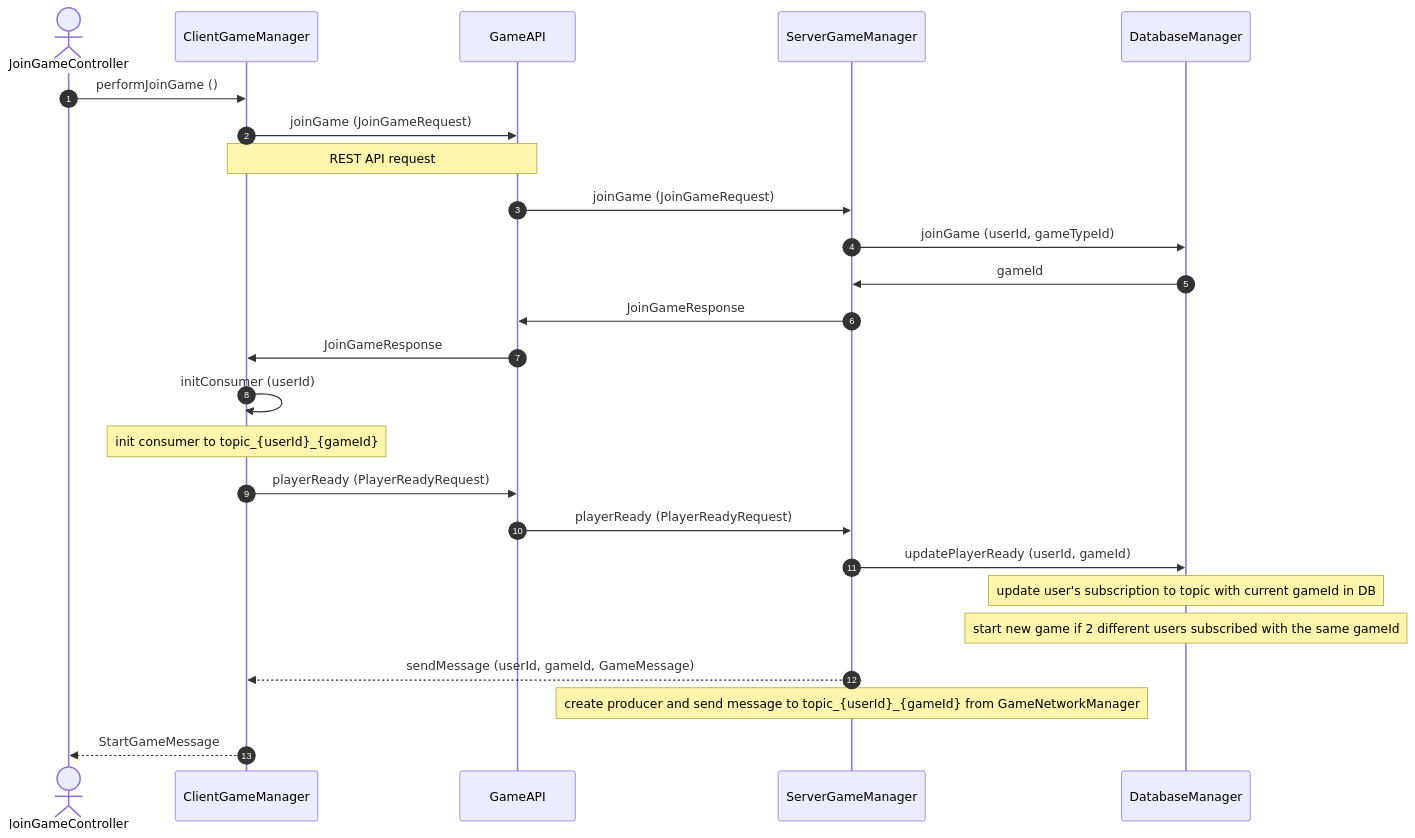
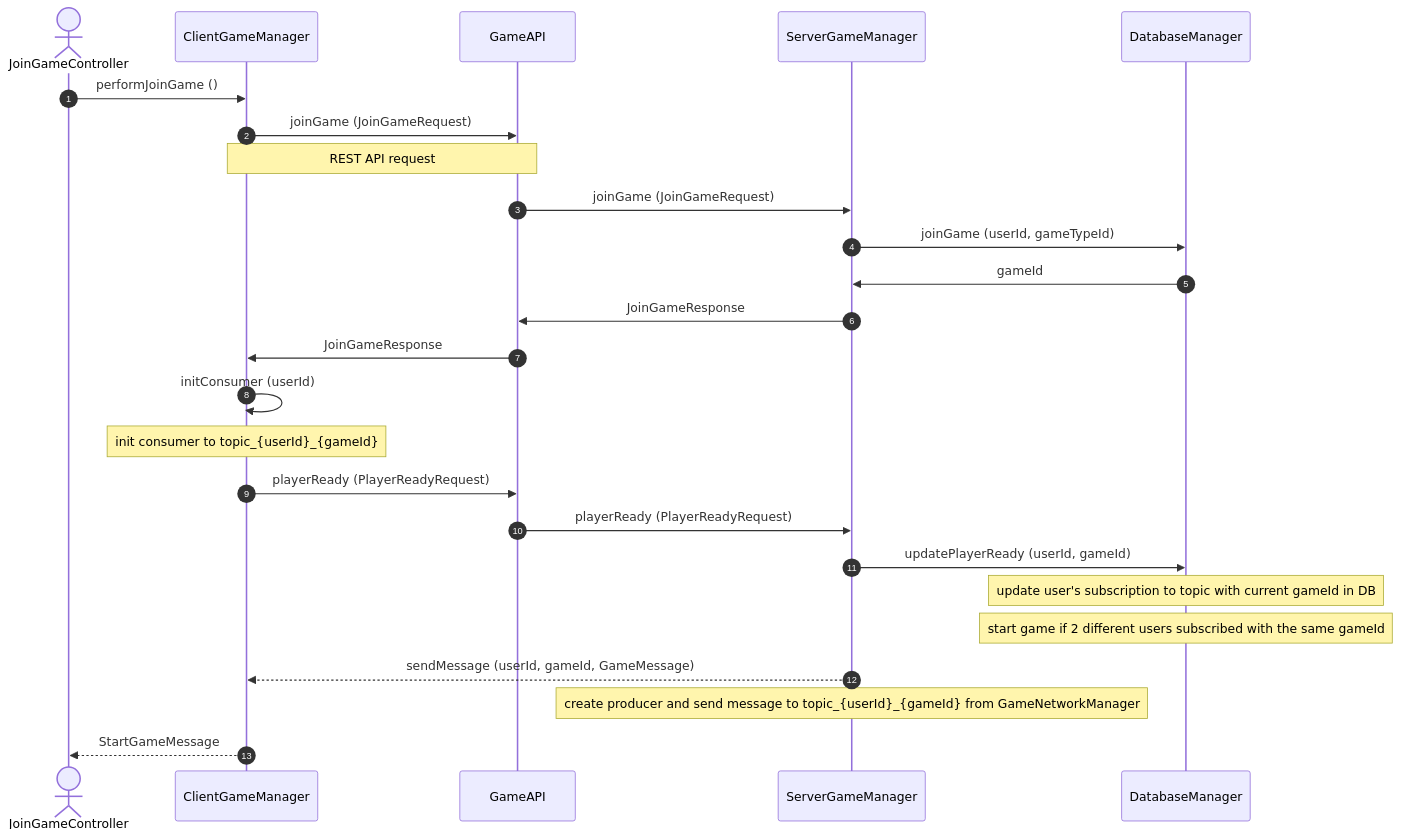
One commit to alice-ruv/board-games changed the diagram in README.md. Above: the diagram before and after it, drawn with Mermaid.

````diff
--- a/README.md
+++ b/README.md
@@ -120,23 +120,23 @@
 ```mermaid 
 sequenceDiagram
 autonumber
 actor JoinGameController
 JoinGameController ->> ClientGameManager: performJoinGame ()
 ClientGameManager ->> GameAPI: joinGame (JoinGameRequest)
 note over ClientGameManager, GameAPI: REST API request
 GameAPI ->> ServerGameManager: joinGame (JoinGameRequest)
 ServerGameManager ->> DatabaseManager: joinGame (userId, gameTypeId)
 DatabaseManager ->> ServerGameManager: gameId
 ServerGameManager ->> GameAPI: JoinGameResponse
 GameAPI ->> ClientGameManager: JoinGameResponse
 ClientGameManager ->> ClientGameManager: initConsumer (userId) 
 note over ClientGameManager: init consumer to topic_{userId}_{gameId}
 ClientGameManager ->> GameAPI: playerReady (PlayerReadyRequest)
 GameAPI ->> ServerGameManager: playerReady (PlayerReadyRequest)
 ServerGameManager ->> DatabaseManager: updatePlayerReady (userId, gameId)
 note over DatabaseManager: update user's subscription to topic with current gameId in DB
-note over DatabaseManager: start new game if 2 different users subscribed with the same gameId
+note over DatabaseManager: start game if 2 different users subscribed with the same gameId
 ServerGameManager -->> ClientGameManager: sendMessage (userId, gameId, GameMessage)
 note over ServerGameManager: create producer and send message to topic_{userId}_{gameId} from GameNetworkManager
 ClientGameManager -->> JoinGameController: StartGameMessage
 ```
````
